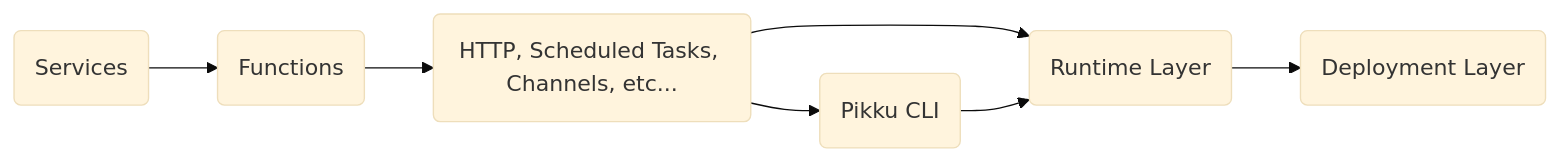
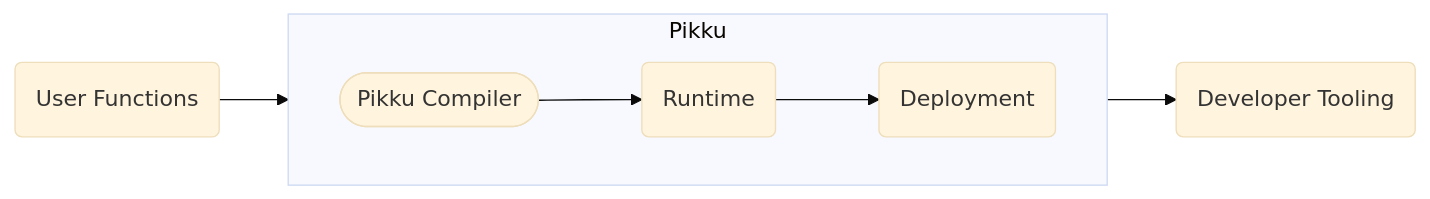
The first of 5 diagrams in docs/concepts/index.md (pikkujs/website), drawn with Mermaid (base theme) before and after one commit. The commit also changed other lines of this file and 15 other files, not shown here.

Commit message:
improving documentation and adding graphs

````diff
--- a/docs/concepts/index.md
+++ b/docs/concepts/index.md
@@ -73,13 +48,14 @@
 ```mermaid
 flowchart LR
-    A(Services)
-    B(Functions)
-    C(HTTP, Scheduled Tasks, Channels, etc...)
-    D(Runtime Layer)
-    E(Deployment Layer)
-    CLI(Pikku CLI)
+  User(User Functions)
 
-    A --> B --> C --> D --> E
-    C --> CLI
-    CLI --> D
+  subgraph Pikku
+    direction LR
+    CLILayer([Pikku Compiler]) --> Runtime(Runtime) --> Deployment(Deployment)
+  end
+
+  DeveloperTools(Developer Tooling)
+
+  User --> Pikku
+  CLILayer --> DeveloperTools
 ```
````
